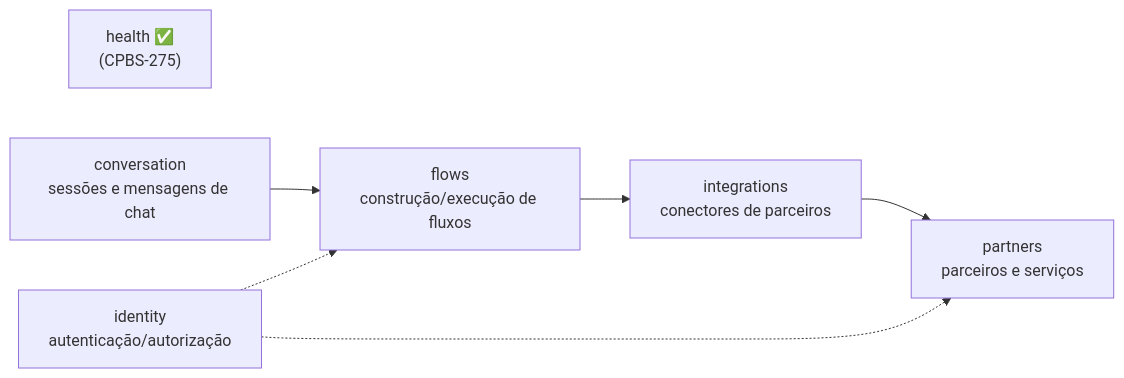
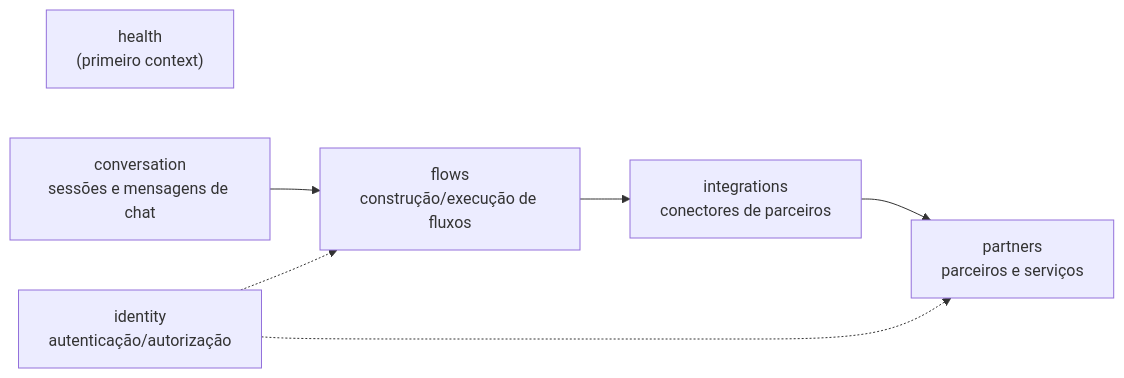
One commit to oseasmoreto/bot-chat changed the seventh of 7 diagrams in backend/docs/01-arquitetura.md. Above: the diagram before and after it, drawn with Mermaid. The commit also changed other lines of this file and 40 other files, not shown here.

````diff
--- a/backend/docs/01-arquitetura.md
+++ b/backend/docs/01-arquitetura.md
@@ -137,14 +137,14 @@
 ```mermaid
 flowchart LR
-    health["health ✅<br/>(CPBS-275)"]
+    health["health<br/>(primeiro context)"]
     conv["conversation<br/>sessões e mensagens de chat"]
     flows["flows<br/>construção/execução de fluxos"]
     integ["integrations<br/>conectores de parceiros"]
     partners["partners<br/>parceiros e serviços"]
     iam["identity<br/>autenticação/autorização"]
     conv --> flows
     flows --> integ
     integ --> partners
     iam -.-> flows
     iam -.-> partners
 ```
````
